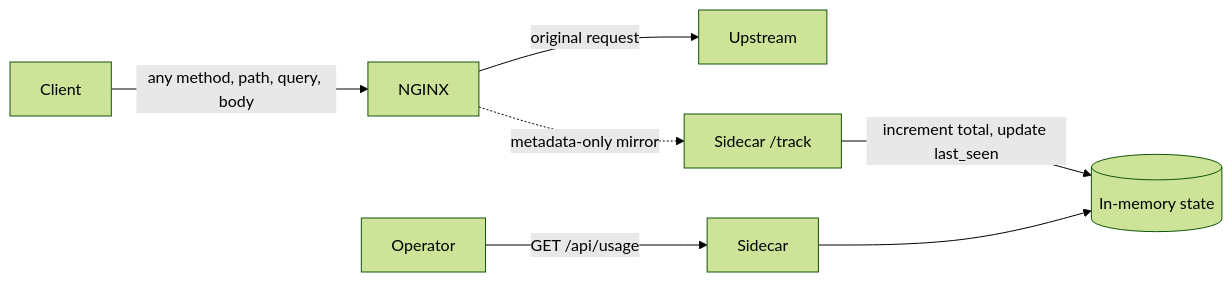
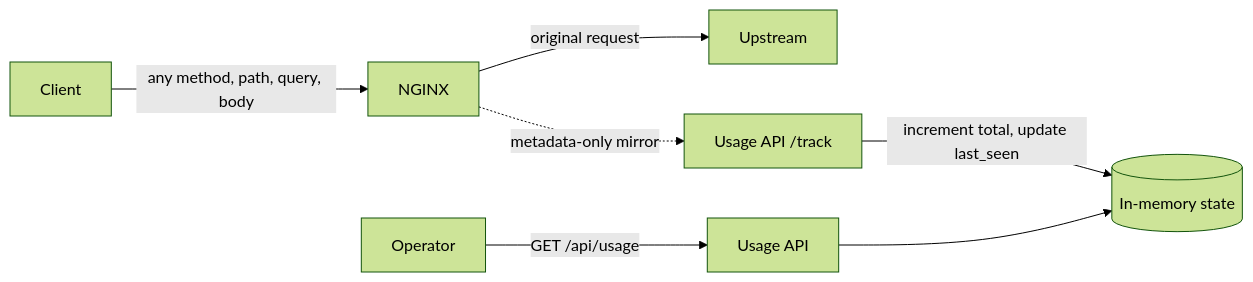
Before and after one commit to dev1-alexwei-net/sapodilla: the diagram in ARCHITECTURE.md, drawn with Mermaid (forest theme). The commit also changed other lines of this file and 21 other files, not shown here.

````diff
--- a/ARCHITECTURE.md
+++ b/ARCHITECTURE.md
@@ -58,9 +58,9 @@
 ```mermaid
 flowchart LR
     Client -->|any method, path, query, body| NGINX
     NGINX -->|original request| Upstream
-    NGINX -.->|metadata-only mirror| Track[Sidecar /track]
+    NGINX -.->|metadata-only mirror| Track[Usage API /track]
     Track -->|increment total, update last_seen| State[(In-memory state)]
-    Operator -->|GET /api/usage| Sidecar
-    Sidecar --> State
+    Operator -->|GET /api/usage| UsageAPI[Usage API]
+    UsageAPI --> State
 ```
````
